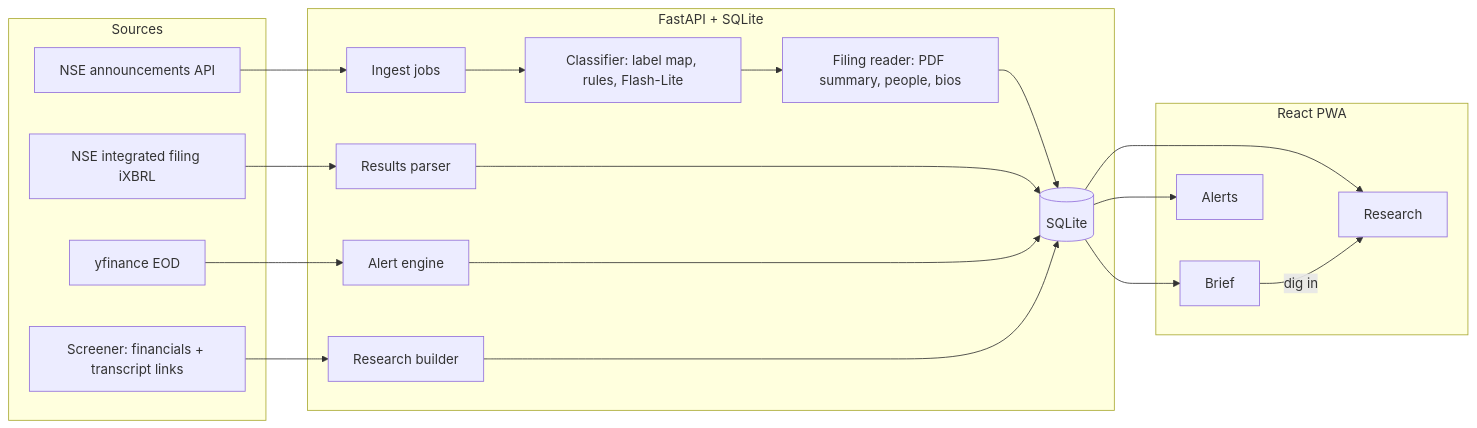
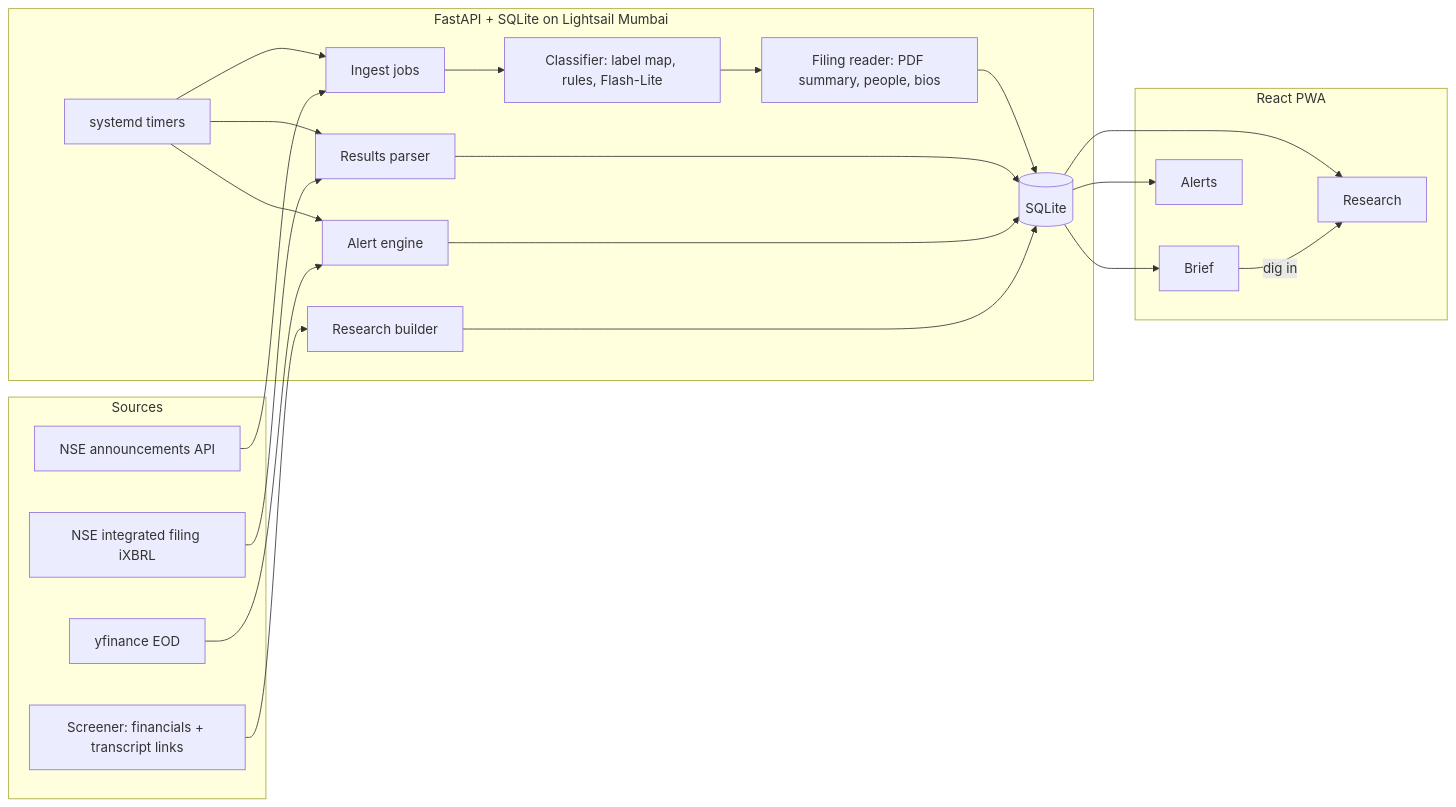
The diagram in README.md (pranshuk22/finn), drawn with Mermaid before and after one commit. The commit also changed other lines of this file and 4 other files, not shown here.

````diff
--- a/README.md
+++ b/README.md
@@ -112,36 +116,38 @@
 ```mermaid
 flowchart LR
     subgraph Sources
         NSE[NSE announcements API]
         IX[NSE integrated filing iXBRL]
         YF[yfinance EOD]
         SCR[Screener: financials + transcript links]
     end
 
-    subgraph Backend[FastAPI + SQLite]
+    subgraph Backend[FastAPI + SQLite on Lightsail Mumbai]
+        CRON[systemd timers]
         ING[Ingest jobs]
         CLS[Classifier: label map, rules, Flash-Lite]
         ENR[Filing reader: PDF summary, people, bios]
         RES[Results parser]
         ALR[Alert engine]
         PULL[Research builder]
         DB[(SQLite)]
     end
 
     subgraph App[React PWA]
         BRIEF[Brief]
         ALERTS[Alerts]
         RESEARCH[Research]
     end
 
+    CRON --> ING & RES & ALR
     NSE --> ING
     IX --> RES
     YF --> ALR
     SCR --> PULL
     ING --> CLS --> ENR --> DB
     RES --> DB
     ALR --> DB
     PULL --> DB
     DB --> BRIEF & ALERTS & RESEARCH
     BRIEF -- dig in --> RESEARCH
 ```
````
